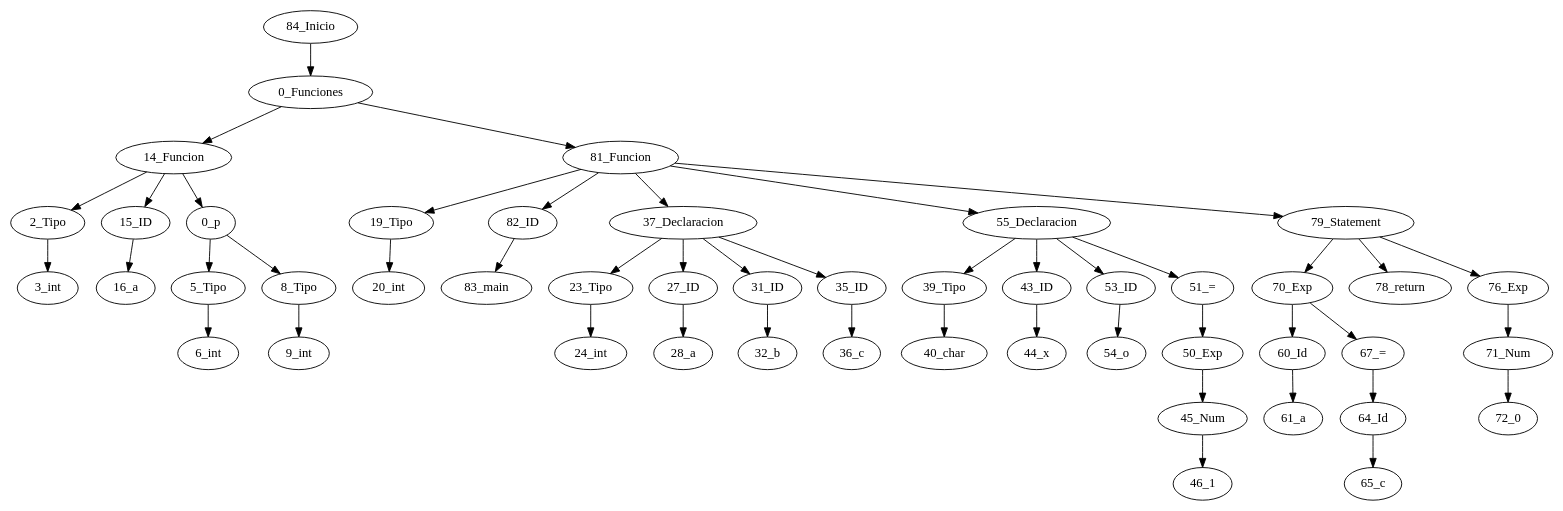
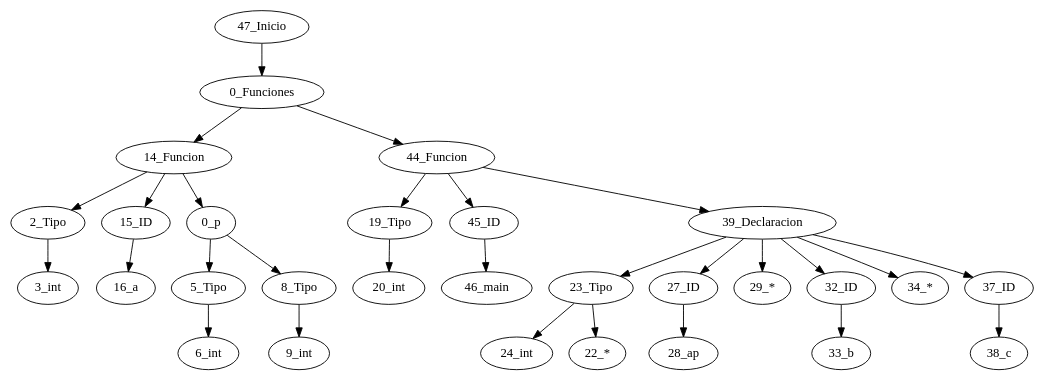
The diagram in Interfaz/src/Analizador/generado.dot (IlianaPinto/Mini-C), drawn with Graphviz before and after one commit. The commit also changed 2 other files, not shown here.

```diff
--- a/Interfaz/src/Analizador/generado.dot
+++ b/Interfaz/src/Analizador/generado.dot
@@ -1,49 +1,30 @@
 digraph {
-"84_Inicio" -> "0_Funciones";
+"47_Inicio" -> "0_Funciones";
 "0_Funciones" -> "14_Funcion";
 "14_Funcion" -> "2_Tipo";
 "2_Tipo" -> "3_int";
 "14_Funcion" -> "15_ID";
 "15_ID" -> "16_a";
 "14_Funcion" -> "0_p";
 "0_p" -> "5_Tipo";
 "5_Tipo" -> "6_int";
 "0_p" -> "8_Tipo";
 "8_Tipo" -> "9_int";
-"0_Funciones" -> "81_Funcion";
-"81_Funcion" -> "19_Tipo";
+"0_Funciones" -> "44_Funcion";
+"44_Funcion" -> "19_Tipo";
 "19_Tipo" -> "20_int";
-"81_Funcion" -> "82_ID";
-"82_ID" -> "83_main";
-"81_Funcion" -> "37_Declaracion";
-"37_Declaracion" -> "23_Tipo";
+"44_Funcion" -> "45_ID";
+"45_ID" -> "46_main";
+"44_Funcion" -> "39_Declaracion";
+"39_Declaracion" -> "23_Tipo";
 "23_Tipo" -> "24_int";
-"37_Declaracion" -> "27_ID";
-"27_ID" -> "28_a";
-"37_Declaracion" -> "31_ID";
-"31_ID" -> "32_b";
-"37_Declaracion" -> "35_ID";
-"35_ID" -> "36_c";
-"81_Funcion" -> "55_Declaracion";
-"55_Declaracion" -> "39_Tipo";
-"39_Tipo" -> "40_char";
-"55_Declaracion" -> "43_ID";
-"43_ID" -> "44_x";
-"55_Declaracion" -> "53_ID";
-"53_ID" -> "54_o";
-"55_Declaracion" -> "51_=";
-"51_=" -> "50_Exp";
-"50_Exp" -> "45_Num";
-"45_Num" -> "46_1";
-"81_Funcion" -> "79_Statement";
-"79_Statement" -> "70_Exp";
-"70_Exp" -> "60_Id";
-"60_Id" -> "61_a";
-"70_Exp" -> "67_=";
-"67_=" -> "64_Id";
-"64_Id" -> "65_c";
-"79_Statement" -> "78_return";
-"79_Statement" -> "76_Exp";
-"76_Exp" -> "71_Num";
-"71_Num" -> "72_0";
+"23_Tipo" -> "22_*";
+"39_Declaracion" -> "27_ID";
+"27_ID" -> "28_ap";
+"39_Declaracion" -> "29_*";
+"39_Declaracion" -> "32_ID";
+"32_ID" -> "33_b";
+"39_Declaracion" -> "34_*";
+"39_Declaracion" -> "37_ID";
+"37_ID" -> "38_c";
 }
```
